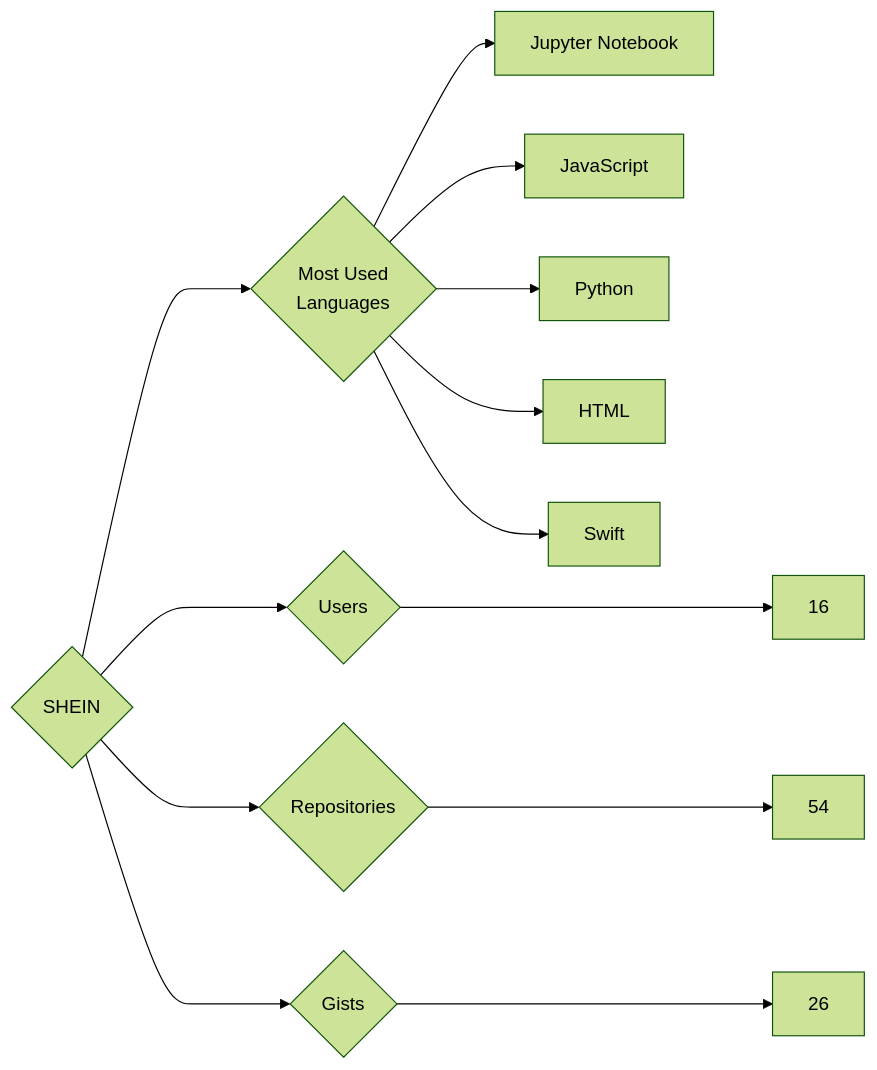
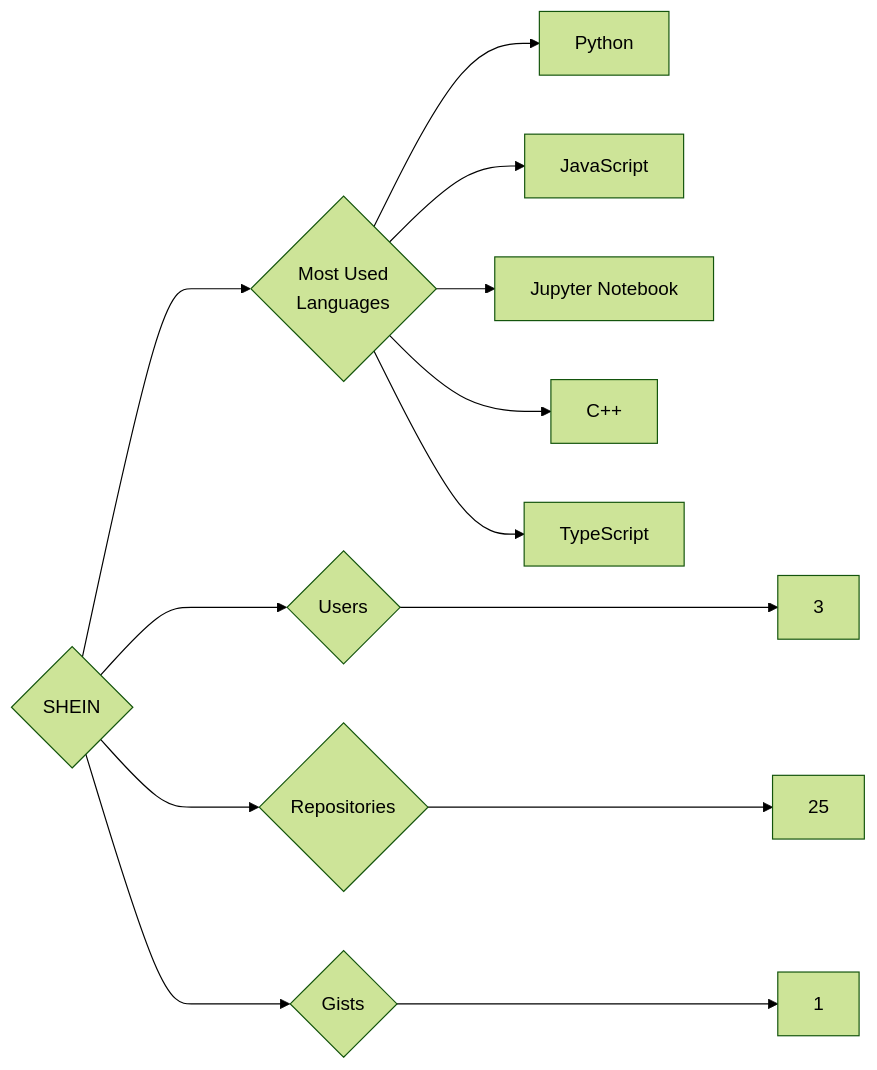
Before and after one commit to trickest/insiders: the diagram in targets/SHEIN/README.md, drawn with Mermaid (forest theme). The commit also changed 787 other files, not shown here.

````diff
--- a/targets/SHEIN/README.md
+++ b/targets/SHEIN/README.md
@@ -3,13 +3,13 @@
 ```mermaid
 graph LR
 COMPANY_NAME{SHEIN}
-COMPANY_NAME ---> U{Users} ---> UN[16]
-COMPANY_NAME ---> R{Repositories} ---> RN[54]
-COMPANY_NAME ---> G{Gists} ---> GN[26]
+COMPANY_NAME ---> U{Users} ---> UN[3]
+COMPANY_NAME ---> R{Repositories} ---> RN[25]
+COMPANY_NAME ---> G{Gists} ---> GN[1]
 COMPANY_NAME ---> ML{Most Used<br>Languages}
+ML --> Python[Python]
+ML --> JavaScript[JavaScript]
 ML --> Jupyter_Notebook[Jupyter Notebook]
-ML --> JavaScript[JavaScript]
-ML --> Python[Python]
-ML --> HTML[HTML]
-ML --> Swift[Swift]
+ML --> C++[C++]
+ML --> TypeScript[TypeScript]
 ```
````
